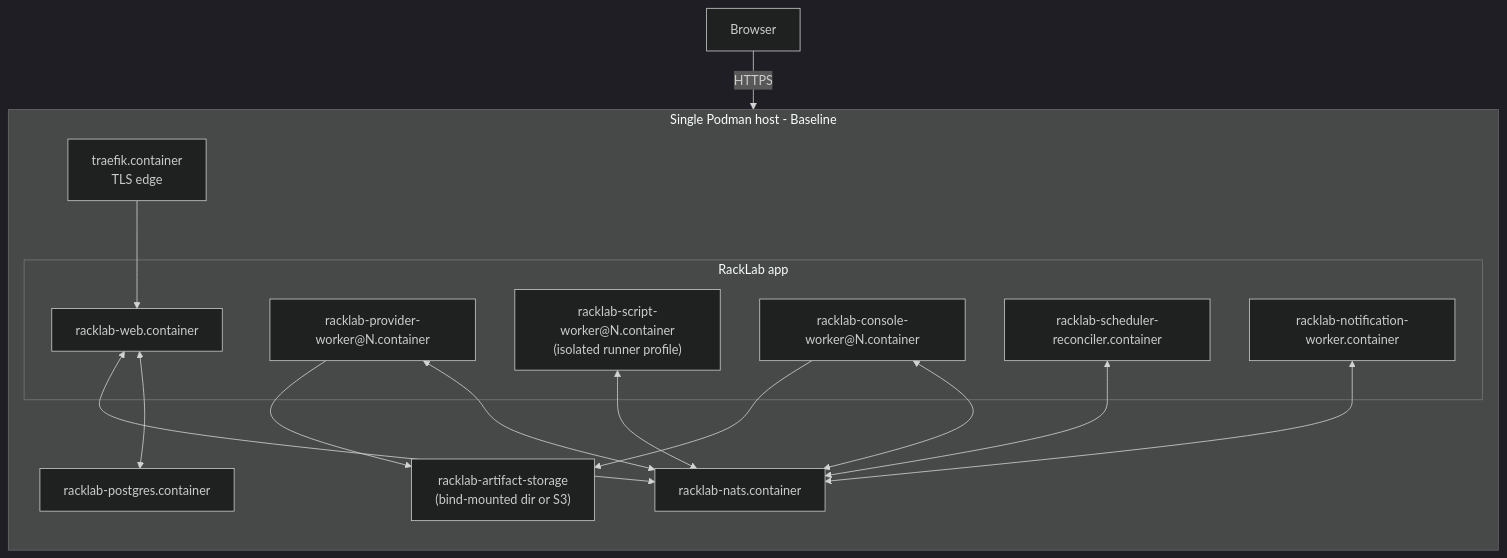
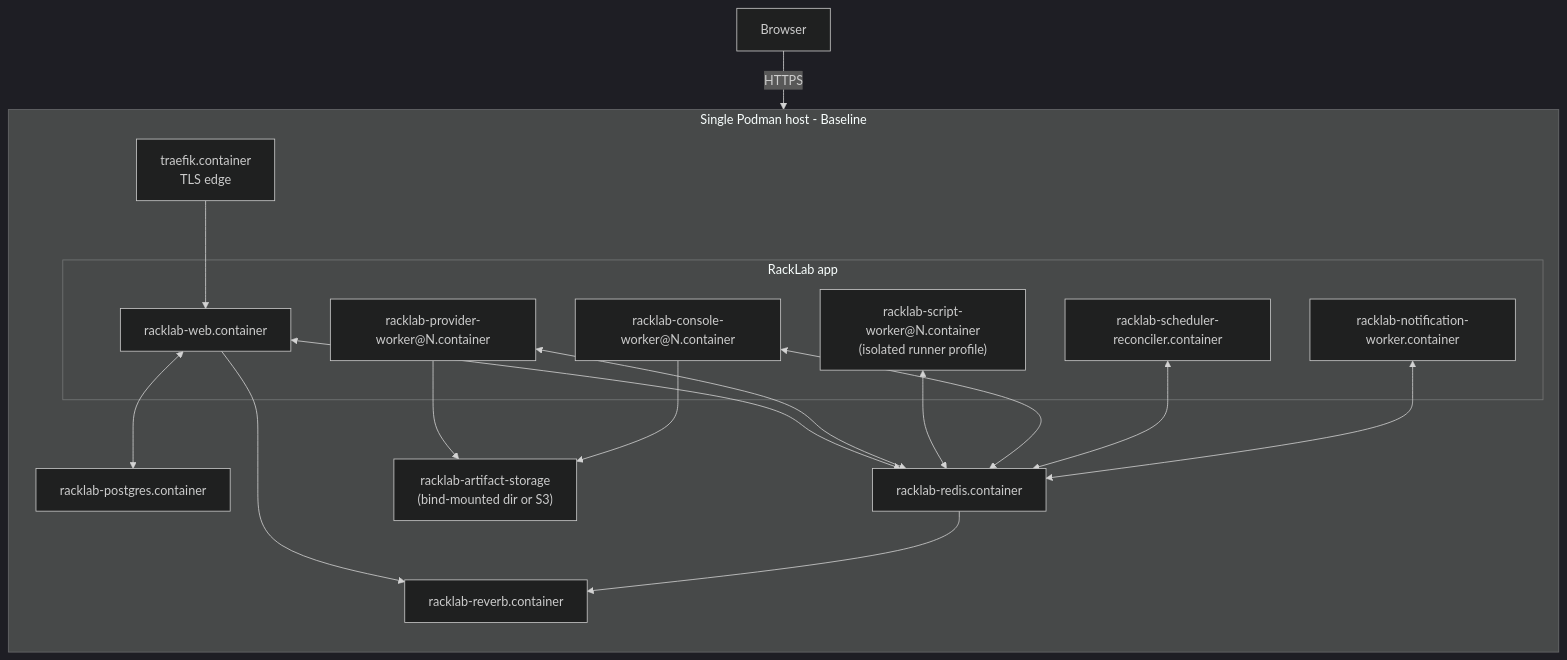
Before and after one commit to cyberbalsa/racklab: the third of 8 diagrams in docs/architecture/diagrams.md, drawn with Mermaid (dark theme). The commit also changed other lines of this file and 24 other files, not shown here.

First line of the commit message:
docs: remove all NATS / NATS JetStream references — replaced by Redis + Reverb + Postgres outbox

````diff
--- a/docs/architecture/diagrams.md
+++ b/docs/architecture/diagrams.md
@@ -126,34 +129,37 @@
 ```mermaid
 graph TB
     subgraph Host [Single Podman host - Baseline]
         direction TB
 
         T["traefik.container<br/>TLS edge"]
 
         subgraph App [RackLab app]
             W["racklab-web.container"]
             PW["racklab-provider-worker@N.container"]
             SW["racklab-script-worker@N.container<br/>(isolated runner profile)"]
             CW["racklab-console-worker@N.container"]
             SCW["racklab-scheduler-reconciler.container"]
             NW["racklab-notification-worker.container"]
         end
 
         PG["racklab-postgres.container"]
-        NA["racklab-nats.container"]
+        RD["racklab-redis.container"]
+        RV["racklab-reverb.container"]
         AS["racklab-artifact-storage<br/>(bind-mounted dir or S3)"]
 
         T --> W
         W <--> PG
-        W <--> NA
-        PW <--> NA
-        SW <--> NA
-        CW <--> NA
-        SCW <--> NA
-        NW <--> NA
+        W <--> RD
+        W --> RV
+        PW <--> RD
+        SW <--> RD
+        CW <--> RD
+        SCW <--> RD
+        NW <--> RD
+        RD --> RV
         PW --> AS
         CW --> AS
     end
 
     User[Browser] -- HTTPS --> T
 ```
````
